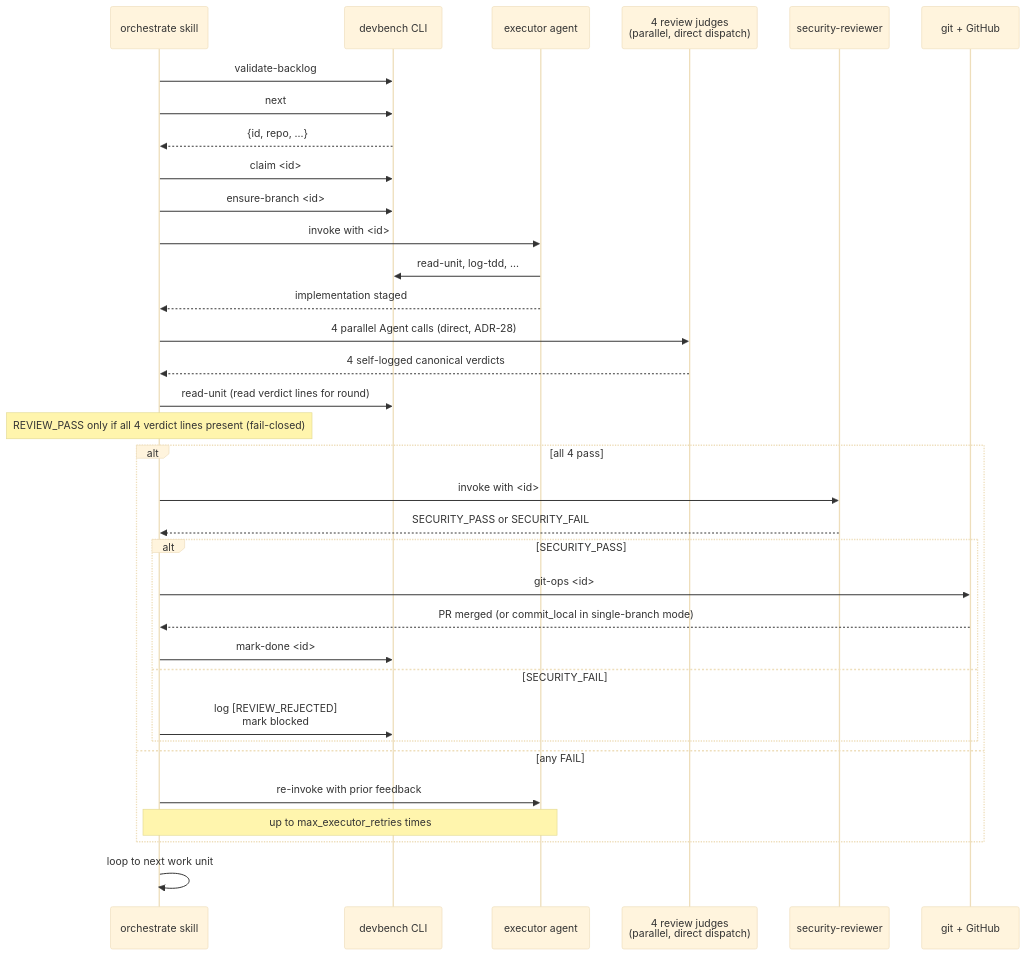
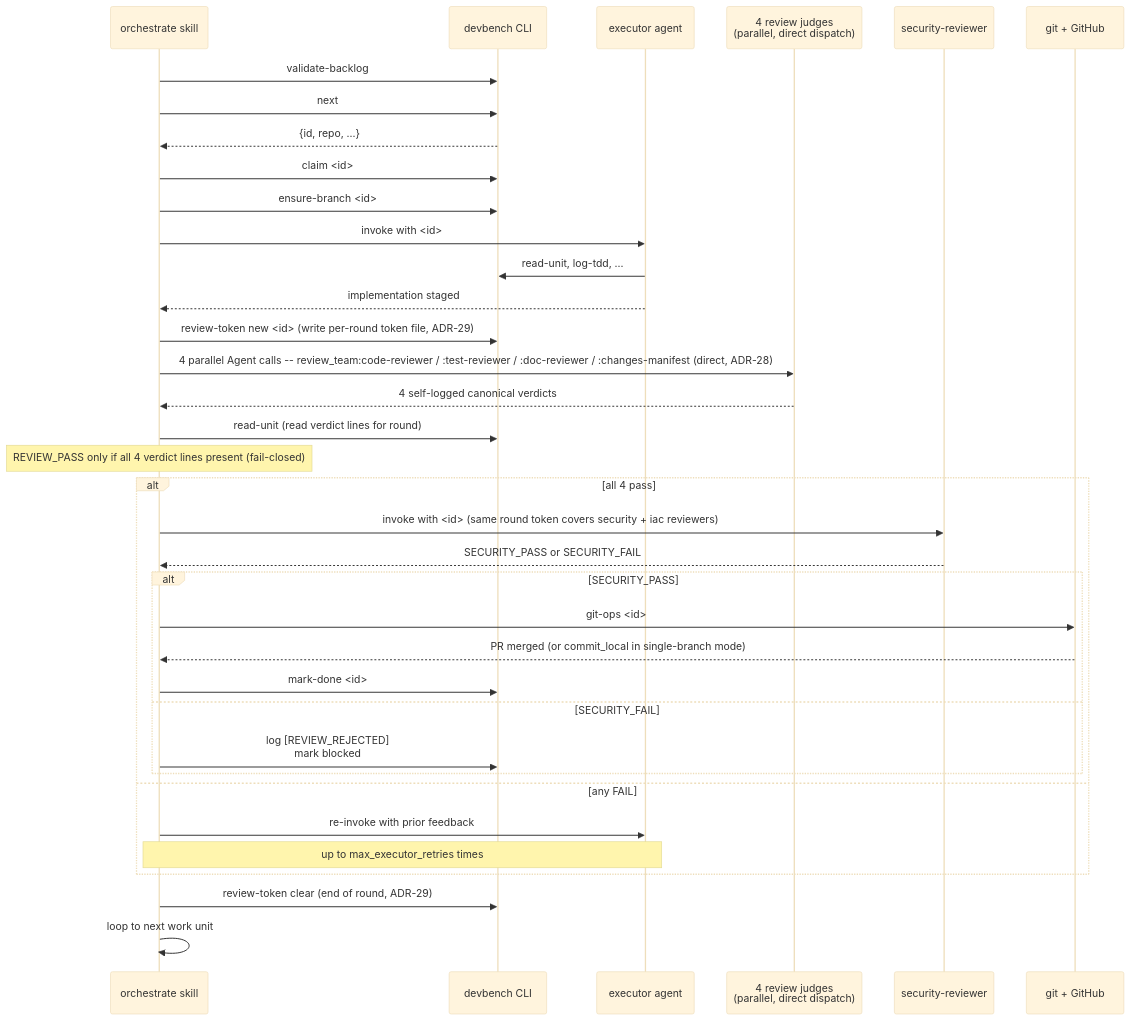
Before and after one commit to caylent-solutions/devbench: the third of 6 diagrams in docs/architecture.md, drawn with Mermaid (base theme). The commit also changed other lines of this file and 33 other files, not shown here.

First line of the commit message:
fix(review): registered reviewer slugs + file-based round token + guard-the-guards (ADR-29)

````diff
--- a/docs/architecture.md
+++ b/docs/architecture.md
@@ -196,37 +196,39 @@
 ```mermaid
 sequenceDiagram
   participant Skill as orchestrate skill
   participant CLI as devbench CLI
   participant Exec as executor agent
   participant Judges as 4 review judges<br/>(parallel, direct dispatch)
   participant Sec as security-reviewer
   participant Git as git + GitHub
 
   Skill->>CLI: validate-backlog
   Skill->>CLI: next
   CLI-->>Skill: {id, repo, ...}
   Skill->>CLI: claim <id>
   Skill->>CLI: ensure-branch <id>
   Skill->>Exec: invoke with <id>
   Exec->>CLI: read-unit, log-tdd, ...
   Exec-->>Skill: implementation staged
-  Skill->>Judges: 4 parallel Agent calls (direct, ADR-28)
+  Skill->>CLI: review-token new <id> (write per-round token file, ADR-29)
+  Skill->>Judges: 4 parallel Agent calls -- review_team:code-reviewer / :test-reviewer / :doc-reviewer / :changes-manifest (direct, ADR-28)
   Judges-->>Skill: 4 self-logged canonical verdicts
   Skill->>CLI: read-unit (read verdict lines for round)
   Note over Skill: REVIEW_PASS only if all 4 verdict lines present (fail-closed)
   alt all 4 pass
-    Skill->>Sec: invoke with <id>
+    Skill->>Sec: invoke with <id> (same round token covers security + iac reviewers)
     Sec-->>Skill: SECURITY_PASS or SECURITY_FAIL
     alt SECURITY_PASS
       Skill->>Git: git-ops <id>
       Git-->>Skill: PR merged (or commit_local in single-branch mode)
       Skill->>CLI: mark-done <id>
     else SECURITY_FAIL
       Skill->>CLI: log [REVIEW_REJECTED]<br/>mark blocked
     end
   else any FAIL
     Skill->>Exec: re-invoke with prior feedback
     Note over Skill,Exec: up to max_executor_retries times
   end
+  Skill->>CLI: review-token clear (end of round, ADR-29)
   Skill->>Skill: loop to next work unit
 ```
````
